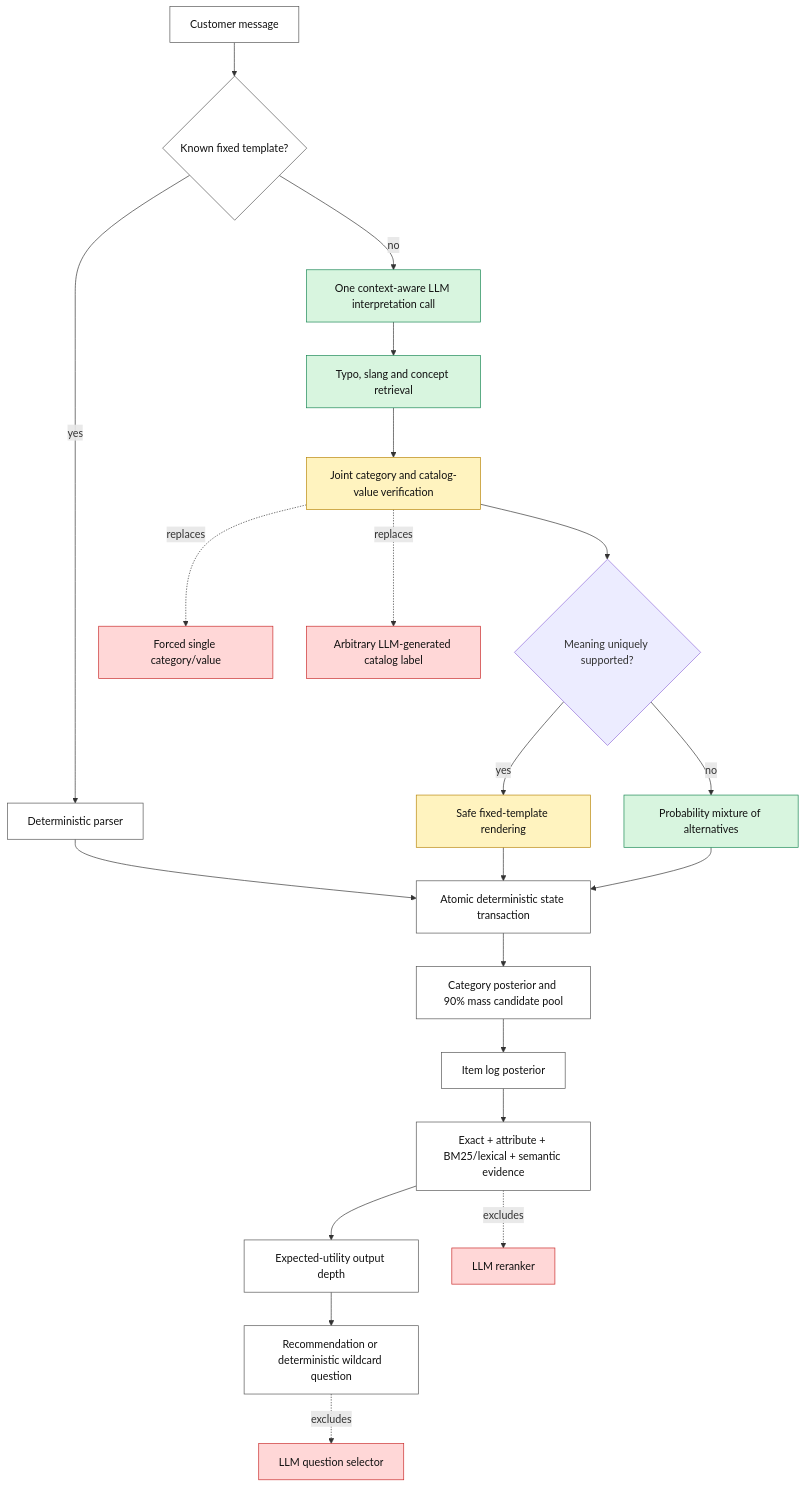
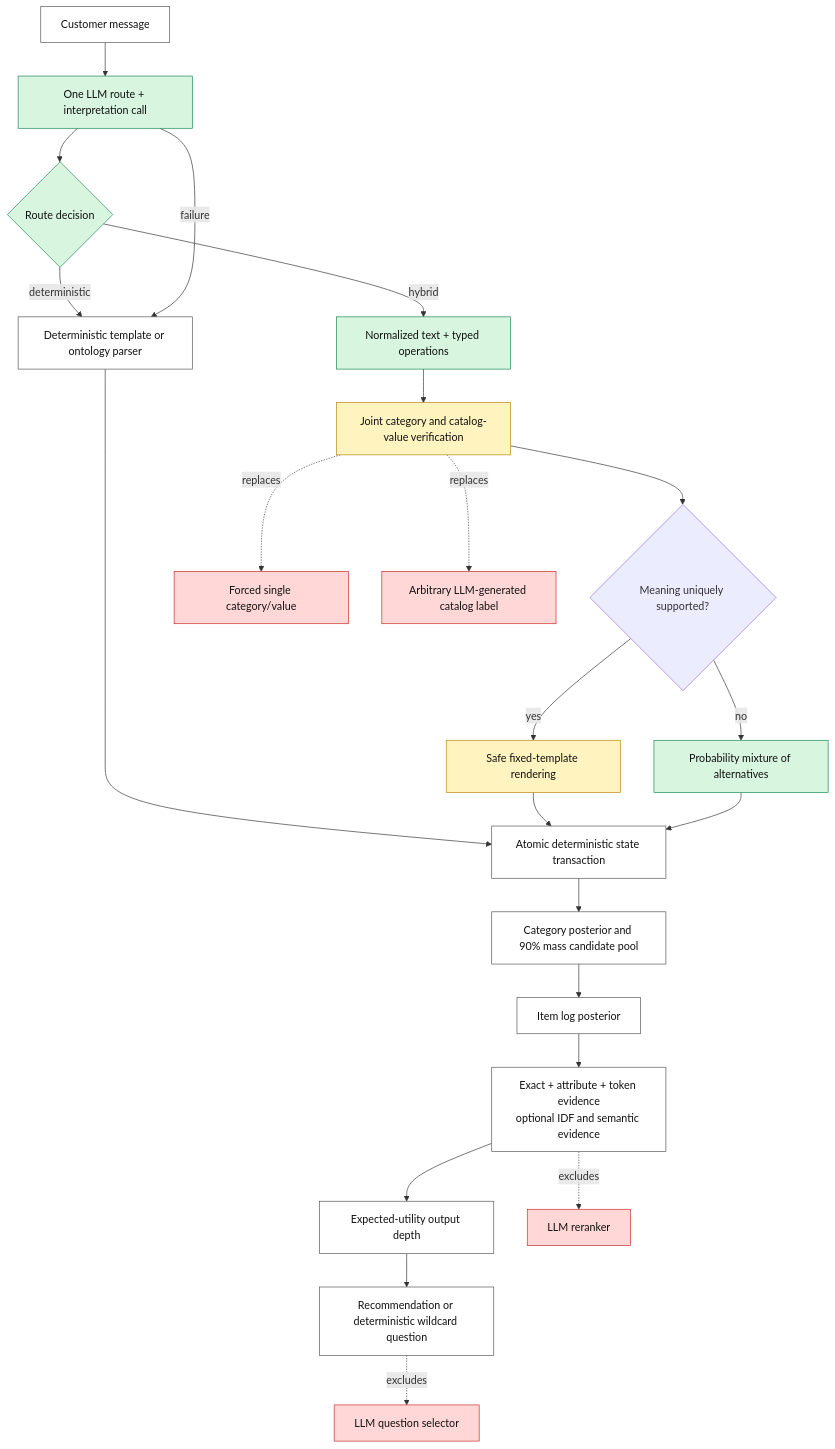
One commit to EwenCheung/BayesPilot changed the diagram in docs/FINAL-ARCHITECTURE.md. Above: the diagram before and after it, drawn with Mermaid. The commit also changed other lines of this file and 18 other files, not shown here.

````diff
--- a/docs/FINAL-ARCHITECTURE.md
+++ b/docs/FINAL-ARCHITECTURE.md
@@ -10,36 +11,37 @@
 ```mermaid
 flowchart TD
-    I[Customer message] --> T{Known fixed template?}
-    T -->|yes| P[Deterministic parser]
-    T -->|no| L[One context-aware LLM interpretation call]
-    L --> C[Typo, slang and concept retrieval]
+    I[Customer message] --> L[One LLM route + interpretation call]
+    L --> T{Route decision}
+    T -->|deterministic| P[Deterministic template or ontology parser]
+    T -->|hybrid| C[Normalized text + typed operations]
+    L -->|failure| P
     C --> V[Joint category and catalog-value verification]
     V --> U{Meaning uniquely supported?}
     U -->|yes| R[Safe fixed-template rendering]
     U -->|no| A[Probability mixture of alternatives]
     P --> X[Atomic deterministic state transaction]
     R --> X
     A --> X
     X --> CB[Category posterior and 90% mass candidate pool]
     CB --> IP[Item log posterior]
-    IP --> K[Exact + attribute + BM25/lexical + semantic evidence]
+    IP --> K[Exact + attribute + token evidence<br/>optional IDF and semantic evidence]
     K --> EU[Expected-utility output depth]
     EU --> O[Recommendation or deterministic wildcard question]
 
     OLD1[Forced single category/value]:::remove
     OLD2[Arbitrary LLM-generated catalog label]:::remove
     OLD3[LLM question selector]:::remove
     OLD4[LLM reranker]:::remove
     V -. replaces .-> OLD1
     V -. replaces .-> OLD2
     O -. excludes .-> OLD3
     K -. excludes .-> OLD4
 
     classDef keep fill:#fff,color:#111,stroke:#555;
     classDef add fill:#d8f5df,color:#111,stroke:#198754;
     classDef change fill:#fff3bf,color:#111,stroke:#b8860b;
     classDef remove fill:#ffd7d7,color:#111,stroke:#c92a2a;
-    class I,T,P,X,CB,IP,K,EU,O keep;
-    class L,C,A add;
+    class I,P,X,CB,IP,K,EU,O keep;
+    class L,T,C,A add;
     class V,R change;
 ```
````
